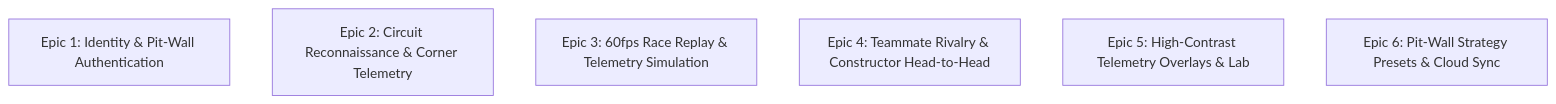
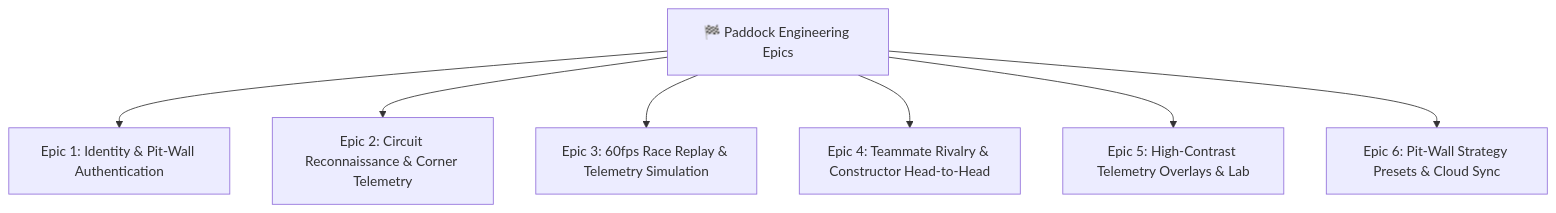
Before and after one commit to Hritik983567-Art/paddock: the diagram in docs/03_USER_STORIES.md, drawn with Mermaid. The commit also changed 4 other files, not shown here.

Commit message:
fix(docs): resolve Mermaid syntax parse errors for GitHub rich display

````diff
--- a/docs/03_USER_STORIES.md
+++ b/docs/03_USER_STORIES.md
@@ -17,9 +17,10 @@
 ```mermaid
 graph TD
-    EPIC1["Epic 1: Identity & Pit-Wall Authentication"]
-    EPIC2["Epic 2: Circuit Reconnaissance & Corner Telemetry"]
-    EPIC3["Epic 3: 60fps Race Replay & Telemetry Simulation"]
-    EPIC4["Epic 4: Teammate Rivalry & Constructor Head-to-Head"]
-    EPIC5["Epic 5: High-Contrast Telemetry Overlays & Lab"]
-    EPIC6["Epic 6: Pit-Wall Strategy Presets & Cloud Sync"]
+    PADDOCK["🏁 Paddock Engineering Epics"]
+    PADDOCK --> EPIC1["Epic 1: Identity & Pit-Wall Authentication"]
+    PADDOCK --> EPIC2["Epic 2: Circuit Reconnaissance & Corner Telemetry"]
+    PADDOCK --> EPIC3["Epic 3: 60fps Race Replay & Telemetry Simulation"]
+    PADDOCK --> EPIC4["Epic 4: Teammate Rivalry & Constructor Head-to-Head"]
+    PADDOCK --> EPIC5["Epic 5: High-Contrast Telemetry Overlays & Lab"]
+    PADDOCK --> EPIC6["Epic 6: Pit-Wall Strategy Presets & Cloud Sync"]
 ```
````
